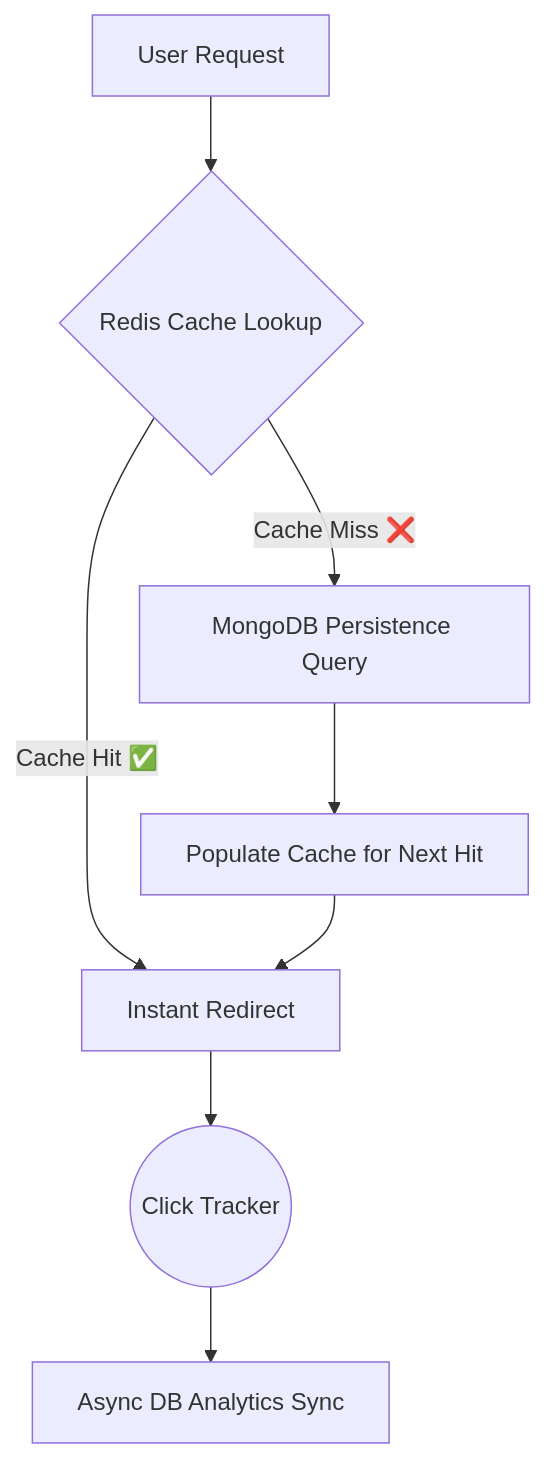
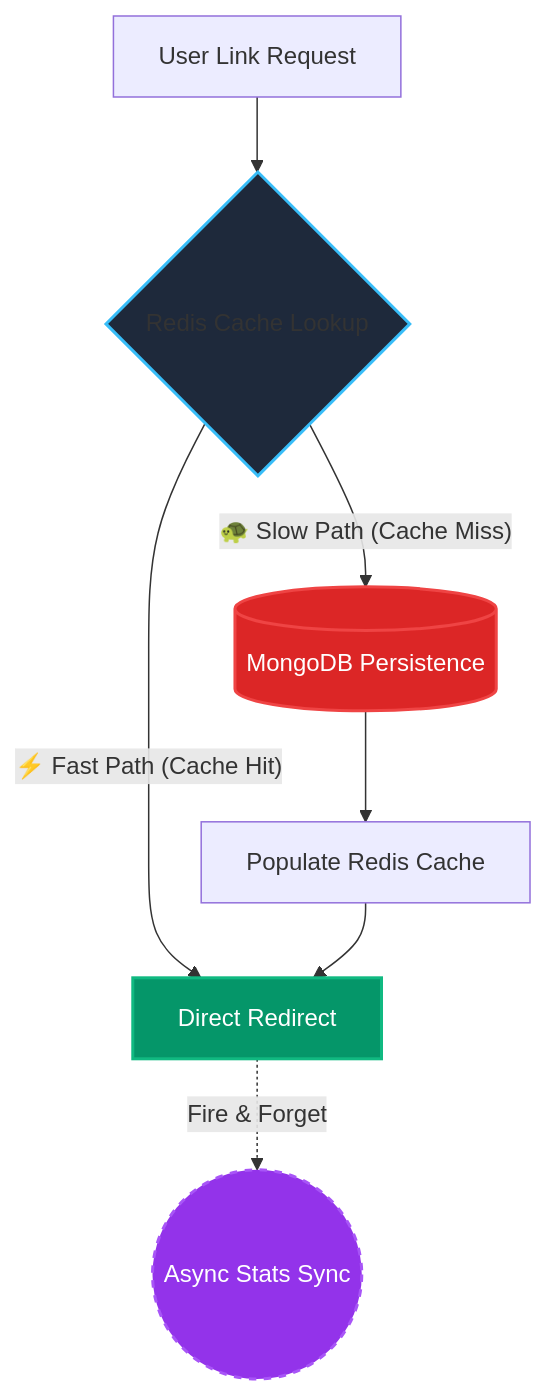
Before and after one commit to Adityamkumar/Url_Shortner: the diagram in README.md, drawn with Mermaid. The commit also changed 1 other file, not shown here.

Commit message:
docs: update architecture diagram in README and add k6 load testing script

````diff
--- a/README.md
+++ b/README.md
@@ -40,10 +40,18 @@
 ```mermaid
 graph TD
-    A[User Request] --> B{Redis Cache Lookup}
-    B -- Cache Hit ✅ --> C[Instant Redirect]
-    B -- Cache Miss ❌ --> D[MongoDB Persistence Query]
-    D --> E[Populate Cache for Next Hit]
-    E --> C
-    C --> F((Click Tracker))
-    F --> G[Async DB Analytics Sync]
+    A[User Link Request] --> B{Redis Cache Lookup}
+
+    %% Fast Path
+    B -- "⚡ Fast Path (Cache Hit)" --> C[Direct Redirect]
+    C -. "Fire & Forget" .-> D((Async Stats Sync))
+
+    %% Slow Path
+    B -- "🐢 Slow Path (Cache Miss)" --> E[(MongoDB Persistence)]
+    E --> F[Populate Redis Cache]
+    F --> C
+    
+    style B fill:#1e293b,stroke:#38bdf8,stroke-width:2px;
+    style C fill:#059669,stroke:#10b981,stroke-width:2px,color:#fff;
+    style E fill:#dc2626,stroke:#ef4444,stroke-width:2px,color:#fff;
+    style D fill:#9333ea,stroke:#a855f7,stroke-width:2px,color:#fff,stroke-dasharray: 5 5;
 ```
````
